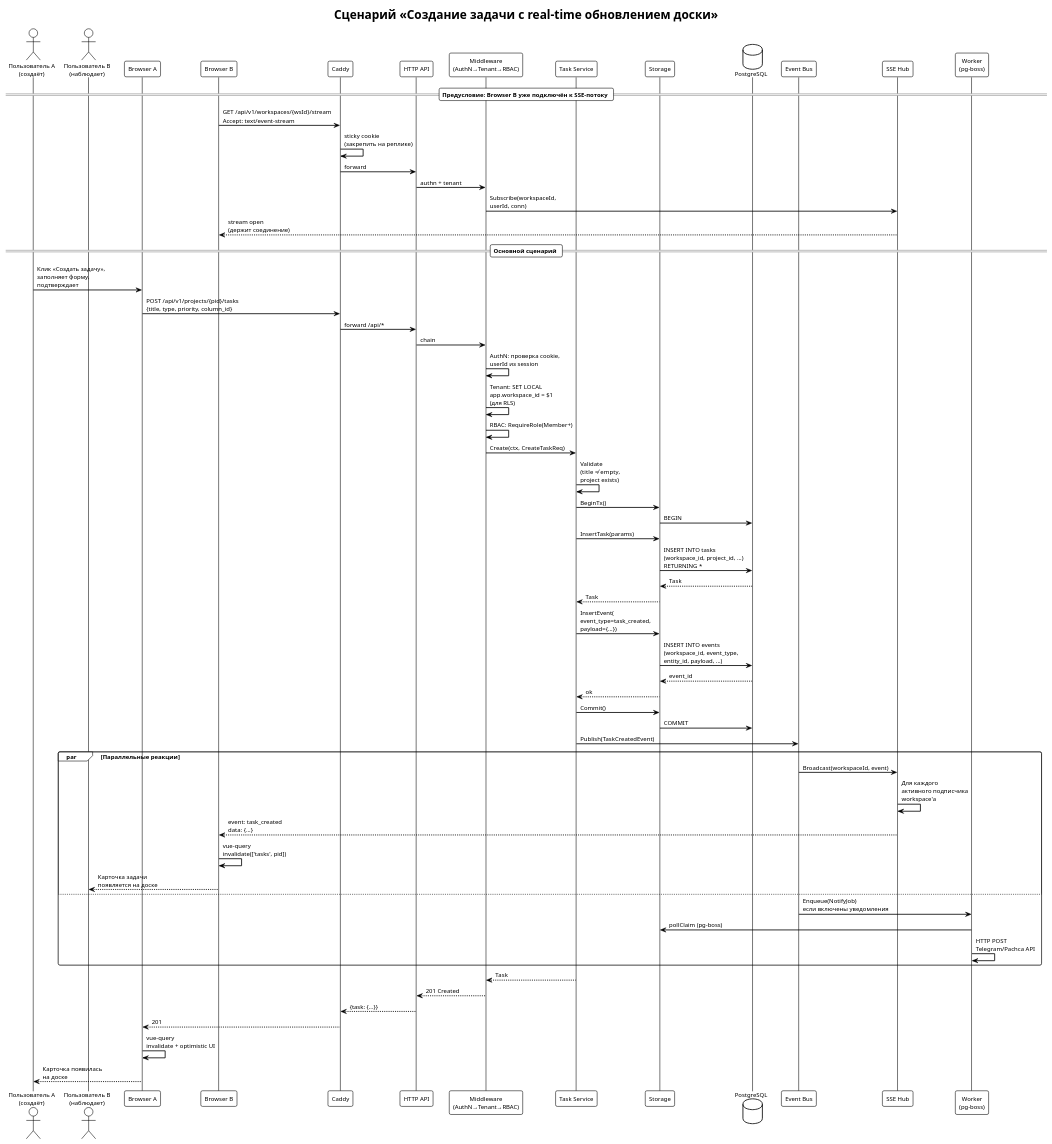
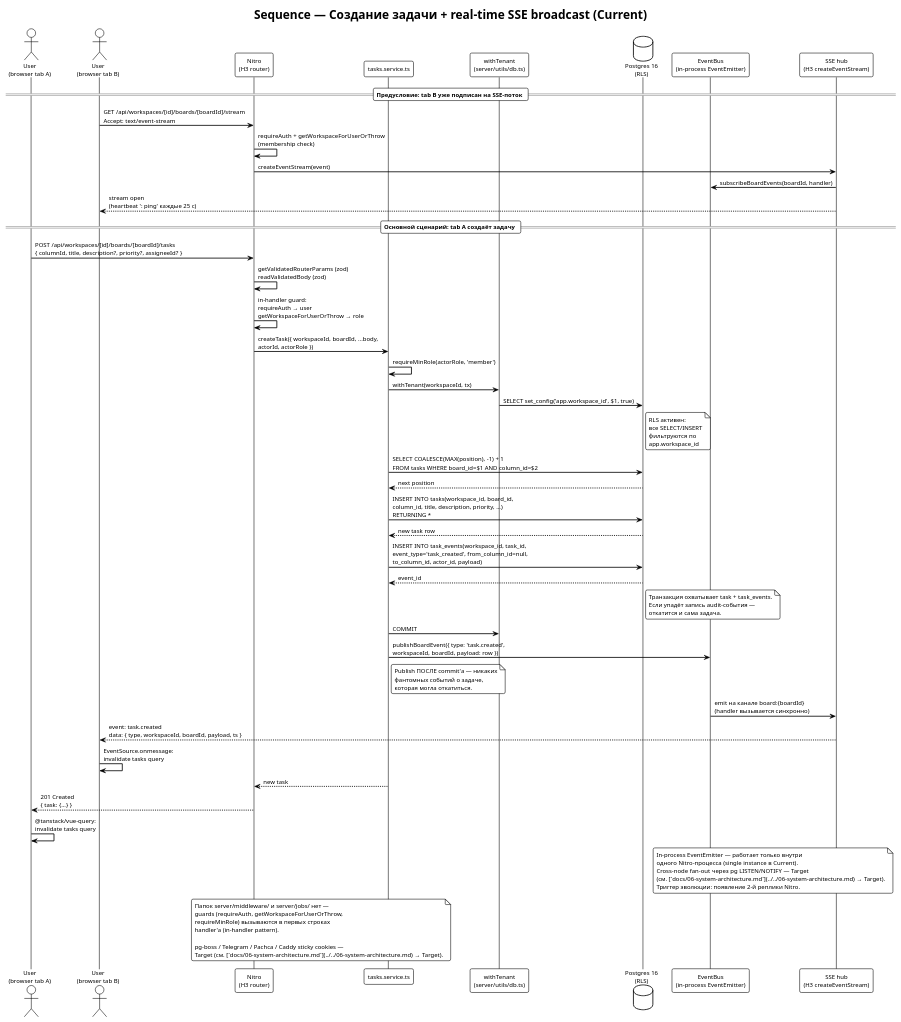
The diagram in docs/uml/06-sequence/create-task-sse.puml (elClassico-eng/scrumban_app), drawn with PlantUML before and after one commit. The commit also changed 2 other files, not shown here.

First paragraph of the commit message:
docs(uml/sequence): rewrite create-task-SSE and Monte Carlo diagrams to Current paths
Two remaining sequence diagrams (login.puml was dropped in earlier UML
cleanup) updated to match code reality:

```diff
--- a/docs/uml/06-sequence/create-task-sse.puml
+++ b/docs/uml/06-sequence/create-task-sse.puml
@@ -1,83 +1,83 @@
 @startuml create-task-sse
 !theme plain
-title Сценарий «Создание задачи с real-time обновлением доски»
+title Sequence — Создание задачи + real-time SSE broadcast (Current)
 
 skinparam defaultFontName Arial
 skinparam defaultFontSize 11
 skinparam sequenceArrowThickness 1.5
 skinparam roundCorner 6
 
-actor "Пользователь A\n(создаёт)" as UserA
-actor "Пользователь B\n(наблюдает)" as UserB
-participant "Browser A" as BA
-participant "Browser B" as BB
-participant "Caddy" as Caddy
-participant "HTTP API" as API
-participant "Middleware\n(AuthN→Tenant→RBAC)" as MW
-participant "Task Service" as TaskSvc
-participant "Storage" as Storage
-database "PostgreSQL" as PG
-participant "Event Bus" as EB
-participant "SSE Hub" as SSE
-participant "Worker\n(pg-boss)" as Worker
+actor "User\n(browser tab A)" as A
+actor "User\n(browser tab B)" as B
+participant "Nitro\n(H3 router)" as Nitro
+participant "tasks.service.ts" as Service
+participant "withTenant\n(server/utils/db.ts)" as DB
+database "Postgres 16\n(RLS)" as PG
+participant "EventBus\n(in-process EventEmitter)" as Bus
+participant "SSE hub\n(H3 createEventStream)" as SSE
 
-== Предусловие: Browser B уже подключён к SSE-потоку ==
-BB -> Caddy : GET /api/v1/workspaces/{wsId}/stream\nAccept: text/event-stream
-Caddy -> Caddy : sticky cookie\n(закрепить на реплике)
-Caddy -> API : forward
-API -> MW : authn + tenant
-MW -> SSE : Subscribe(workspaceId,\nuserId, conn)
-SSE --> BB : stream open\n(держит соединение)
+== Предусловие: tab B уже подписан на SSE-поток ==
+B -> Nitro : GET /api/workspaces/[id]/boards/[boardId]/stream\nAccept: text/event-stream
+Nitro -> Nitro : requireAuth + getWorkspaceForUserOrThrow\n(membership check)
+Nitro -> SSE : createEventStream(event)
+SSE -> Bus : subscribeBoardEvents(boardId, handler)
+SSE --> B : stream open\n(heartbeat ': ping' каждые 25 с)
 
-== Основной сценарий ==
-UserA -> BA : Клик «Создать задачу»,\nзаполняет форму,\nподтверждает
-BA -> Caddy : POST /api/v1/projects/{pid}/tasks\n{title, type, priority, column_id}
-Caddy -> API : forward /api/*
-API -> MW : chain
+== Основной сценарий: tab A создаёт задачу ==
+A -> Nitro : POST /api/workspaces/[id]/boards/[boardId]/tasks\n{ columnId, title, description?, priority?, assigneeId? }
+Nitro -> Nitro : getValidatedRouterParams (zod)\nreadValidatedBody (zod)
+Nitro -> Nitro : in-handler guard:\nrequireAuth → user\ngetWorkspaceForUserOrThrow → role
+Nitro -> Service : createTask({ workspaceId, boardId, ...body,\nactorId, actorRole })
 
-MW -> MW : AuthN: проверка cookie,\nuserId из session
-MW -> MW : Tenant: SET LOCAL\napp.workspace_id = $1\n(для RLS)
-MW -> MW : RBAC: RequireRole(Member+)
+Service -> Service : requireMinRole(actorRole, 'member')
+Service -> DB : withTenant(workspaceId, tx)
+DB -> PG : SELECT set_config('app.workspace_id', $1, true)
+note right of PG : RLS активен:\nвсе SELECT/INSERT\nфильтруются по\napp.workspace_id
 
-MW -> TaskSvc : Create(ctx, CreateTaskReq)
+Service -> PG : SELECT COALESCE(MAX(position), -1) + 1\nFROM tasks WHERE board_id=$1 AND column_id=$2
+PG --> Service : next position
+Service -> PG : INSERT INTO tasks(workspace_id, board_id,\ncolumn_id, title, description, priority, ...)\nRETURNING *
+PG --> Service : new task row
+Service -> PG : INSERT INTO task_events(workspace_id, task_id,\nevent_type='task_created', from_column_id=null,\nto_column_id, actor_id, payload)
+PG --> Service : event_id
+note right of PG
+  Транзакция охватывает task + task_events.
+  Если упадёт запись audit-события —
+  откатится и сама задача.
+end note
 
-TaskSvc -> TaskSvc : Validate\n(title ≠ empty,\nproject exists)
+Service -> DB : COMMIT
+Service -> Bus : publishBoardEvent({ type: 'task.created',\nworkspaceId, boardId, payload: row })
+note right of Service
+  Publish ПОСЛЕ commit'а — никаких
+  фантомных событий о задаче,
+  которая могла откатиться.
+end note
 
-TaskSvc -> Storage : BeginTx()
-Storage -> PG : BEGIN
-TaskSvc -> Storage : InsertTask(params)
-Storage -> PG : INSERT INTO tasks\n(workspace_id, project_id, ...)\nRETURNING *
-PG --> Storage : Task
-Storage --> TaskSvc : Task
+Bus -> SSE : emit на канале board:{boardId}\n(handler вызывается синхронно)
+SSE --> B : event: task.created\ndata: { type, workspaceId, boardId, payload, ts }
+B -> B : EventSource.onmessage:\ninvalidate tasks query
 
-TaskSvc -> Storage : InsertEvent(\nevent_type=task_created,\npayload={...})
-Storage -> PG : INSERT INTO events\n(workspace_id, event_type,\nentity_id, payload, ...)
-PG --> Storage : event_id
-Storage --> TaskSvc : ok
+Service --> Nitro : new task
+Nitro --> A : 201 Created\n{ task: {...} }
+A -> A : @tanstack/vue-query:\ninvalidate tasks query
 
-TaskSvc -> Storage : Commit()
-Storage -> PG : COMMIT
+note over Bus, SSE
+  In-process EventEmitter — работает только внутри
+  одного Nitro-процесса (single instance в Current).
+  Cross-node fan-out через pg LISTEN/NOTIFY — Target
+  (см. [`docs/06-system-architecture.md`](../../06-system-architecture.md) → Target).
+  Триггер эволюции: появление 2-й реплики Nitro.
+end note
 
-TaskSvc -> EB : Publish(TaskCreatedEvent)
+note over Nitro, Service
+  Папок server/middleware/ и server/jobs/ нет —
+  guards (requireAuth, getWorkspaceForUserOrThrow,
+  requireMinRole) вызываются в первых строках
+  handler'а (in-handler pattern).
 
-par Параллельные реакции
-  EB -> SSE : Broadcast(workspaceId, event)
-  SSE -> SSE : Для каждого\nактивного подписчика\nworkspace'а
-  SSE --> BB : event: task_created\ndata: {...}
-  BB -> BB : vue-query\ninvalidate(['tasks', pid])
-  BB --> UserB : Карточка задачи\nпоявляется на доске
-else
-  EB -> Worker : Enqueue(NotifyJob)\nесли включены уведомления
-  Worker -> Storage : pollClaim (pg-boss)
-  Worker -> Worker : HTTP POST\nTelegram/Pachca API
-end
-
-TaskSvc --> MW : Task
-MW --> API : 201 Created
-API --> Caddy : {task: {...}}
-Caddy --> BA : 201
-
-BA -> BA : vue-query\ninvalidate + optimistic UI
-BA --> UserA : Карточка появилась\nна доске
+  pg-boss / Telegram / Pachca / Caddy sticky cookies —
+  Target (см. [`docs/06-system-architecture.md`](../../06-system-architecture.md) → Target).
+end note
 
 @enduml
```
